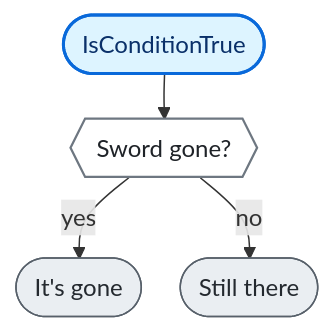
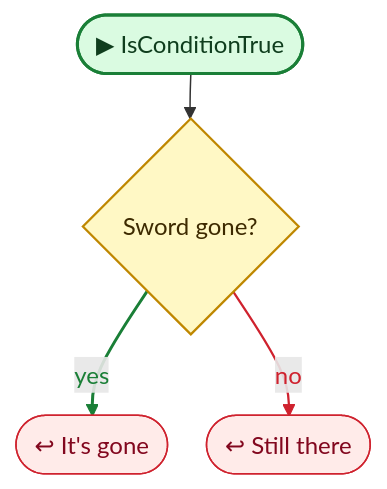
Before and after one commit to nataiai/Lord-of-the-Dungeon: the third of 3 diagrams in CodeGraph~/graph/Map/EventCertainObjectDestroyed.cs.md, drawn with Mermaid. The commit also changed other lines of this file and 44 other files, not shown here.

````diff
--- a/CodeGraph~/graph/Map/EventCertainObjectDestroyed.cs.md
+++ b/CodeGraph~/graph/Map/EventCertainObjectDestroyed.cs.md
@@ -101,30 +108,36 @@
 ```mermaid
 ---
 config:
   flowchart:
     wrappingWidth: 260
     nodeSpacing: 26
     rankSpacing: 30
 ---
 flowchart TD
-  nS(["IsConditionTrue"])
-  nf672c7{{"Sword gone?"}}
-  nb1e3d6(["It's gone"])
-  n1902d3(["Still there"])
+  nS(["▶ IsConditionTrue"])
+  nf672c7{"Sword gone?"}
+  nb1e3d6(["↩ It's gone"])
+  n1902d3(["↩ Still there"])
   nS --> nf672c7
   nf672c7 -->|yes| nb1e3d6
   nf672c7 -->|no| n1902d3
-  classDef unity fill:#fff1c2,stroke:#9a6700,stroke-width:2px,color:#3b2300
-  classDef start fill:#ddf4ff,stroke:#0969da,stroke-width:2px,color:#0a3069
-  classDef calc fill:#f6f8fa,stroke:#d0d7de,color:#57606a
-  classDef calls fill:#ffffff,stroke:#0969da,stroke-width:2.5px,color:#0a3069
-  classDef cond fill:#ffffff,stroke:#6e7781,stroke-width:1.5px,color:#1f2328
-  classDef loop fill:#fbefff,stroke:#8250df,color:#3e1f79
-  classDef exit fill:#eaeef2,stroke:#57606a,color:#24292f
-  classDef wait fill:#fff8f0,stroke:#bc4c00,color:#4d1d00
+  linkStyle 1 stroke:#1a7f37,stroke-width:2px,color:#1a7f37
+  linkStyle 2 stroke:#cf222e,stroke-width:1.5px,color:#cf222e
+  classDef unity fill:#dafbe1,stroke:#1a7f37,stroke-width:2px,color:#0f3d1d
+  classDef start fill:#dafbe1,stroke:#1a7f37,stroke-width:2px,color:#0f3d1d
+  classDef calc fill:#ffffff,stroke:#d0d7de,color:#57606a
+  classDef calls fill:#ddf4ff,stroke:#0969da,stroke-width:2px,color:#0a3069
+  classDef ext fill:#ddf4ff,stroke:#0969da,stroke-width:2px,stroke-dasharray:5 3,color:#0a3069
+  classDef cond fill:#fff8c5,stroke:#bf8700,stroke-width:1.5px,color:#3d2a00
+  classDef loop fill:#f6f8fa,stroke:#57606a,color:#1f2328
+  classDef exit fill:#ffebe9,stroke:#cf222e,color:#82071e
+  classDef kill fill:#ffebe9,stroke:#cf222e,stroke-width:2px,color:#82071e
+  classDef spawn fill:#dafbe1,stroke:#1a7f37,stroke-width:2px,color:#0f3d1d
+  classDef wait fill:#fff1e5,stroke:#bc4c00,color:#4d1d00
   classDef fin fill:#eaeef2,stroke:#8c959f,color:#57606a
   classDef join fill:#d0d7de,stroke:#8c959f,color:#57606a
+  classDef ghdr fill:#f5f9ff,stroke:#f5f9ff,color:#0a3069,font-weight:bold
   class nf672c7 cond
   class nb1e3d6,n1902d3 exit
   class nS start
 ```
````
